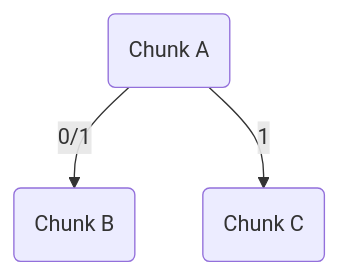
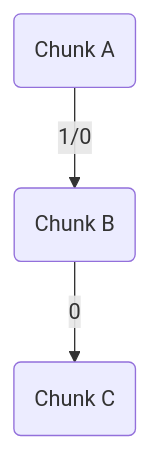
One commit to microsoft/FluidFramework changed diagram 12 of 27 in packages/dds/tree/docs/wip/treeStorage.md. Above: the diagram before and after it, drawn with Mermaid. The commit also changed other lines of this file, not shown here.

Commit message:
fix up chunk data structure sections some more

````diff
--- a/packages/dds/tree/docs/wip/treeStorage.md
+++ b/packages/dds/tree/docs/wip/treeStorage.md
@@ -285,5 +299,4 @@
 ```mermaid
 graph TD;
-    A(Chunk A)--0/1-->B(Chunk B)
-    A--1-->C(Chunk C)
+    A(Chunk A)--1/0-->B(Chunk B)--0-->C(Chunk C)
 ```
````
